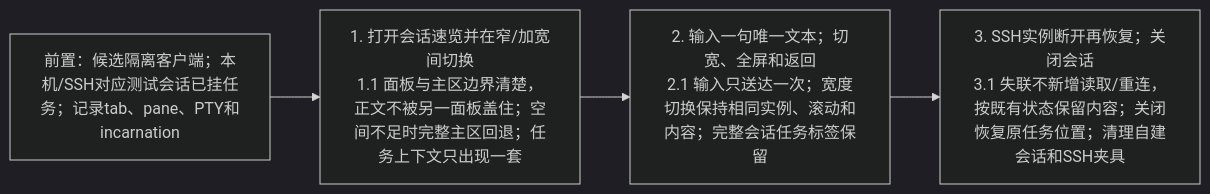
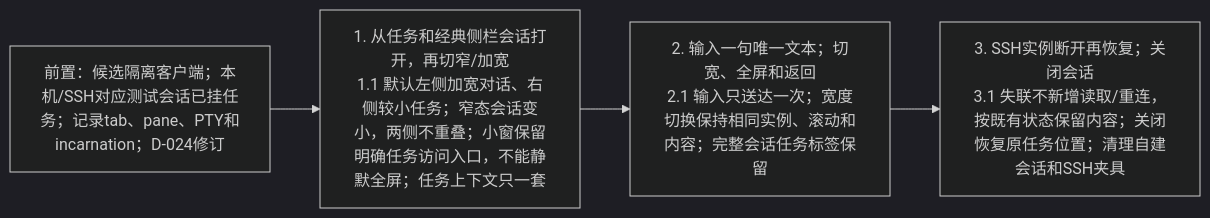
One commit to Fartown/orca changed diagram 12 of 14 in docs/issue/本地任务管理/tests/cases/任务为主的工作流测试.md. Above: the diagram before and after it, drawn with Mermaid (dark theme). The commit also changed other lines of this file and 44 other files, not shown here.

````diff
--- a/docs/issue/本地任务管理/tests/cases/任务为主的工作流测试.md
+++ b/docs/issue/本地任务管理/tests/cases/任务为主的工作流测试.md
@@ -290,6 +290,6 @@
 ```mermaid
 flowchart LR
-  A["前置：候选隔离客户端；本机/SSH对应测试会话已挂任务；记录tab、pane、PTY和incarnation"] --> B["1. 打开会话速览并在窄/加宽间切换<br/>1.1 面板与主区边界清楚，正文不被另一面板盖住；空间不足时完整主区回退；任务上下文只出现一套"]
+  A["前置：候选隔离客户端；本机/SSH对应测试会话已挂任务；记录tab、pane、PTY和incarnation；D-024修订"] --> B["1. 从任务和经典侧栏会话打开，再切窄/加宽<br/>1.1 默认左侧加宽对话、右侧较小任务；窄态会话变小，两侧不重叠；小窗保留明确任务访问入口，不能静默全屏；任务上下文只一套"]
   B --> C["2. 输入一句唯一文本；切宽、全屏和返回<br/>2.1 输入只送达一次；宽度切换保持相同实例、滚动和内容；完整会话任务标签保留"]
   C --> D["3. SSH实例断开再恢复；关闭会话<br/>3.1 失联不新增读取/重连，按既有状态保留内容；关闭恢复原任务位置；清理自建会话和SSH夹具"]
 ```
````
